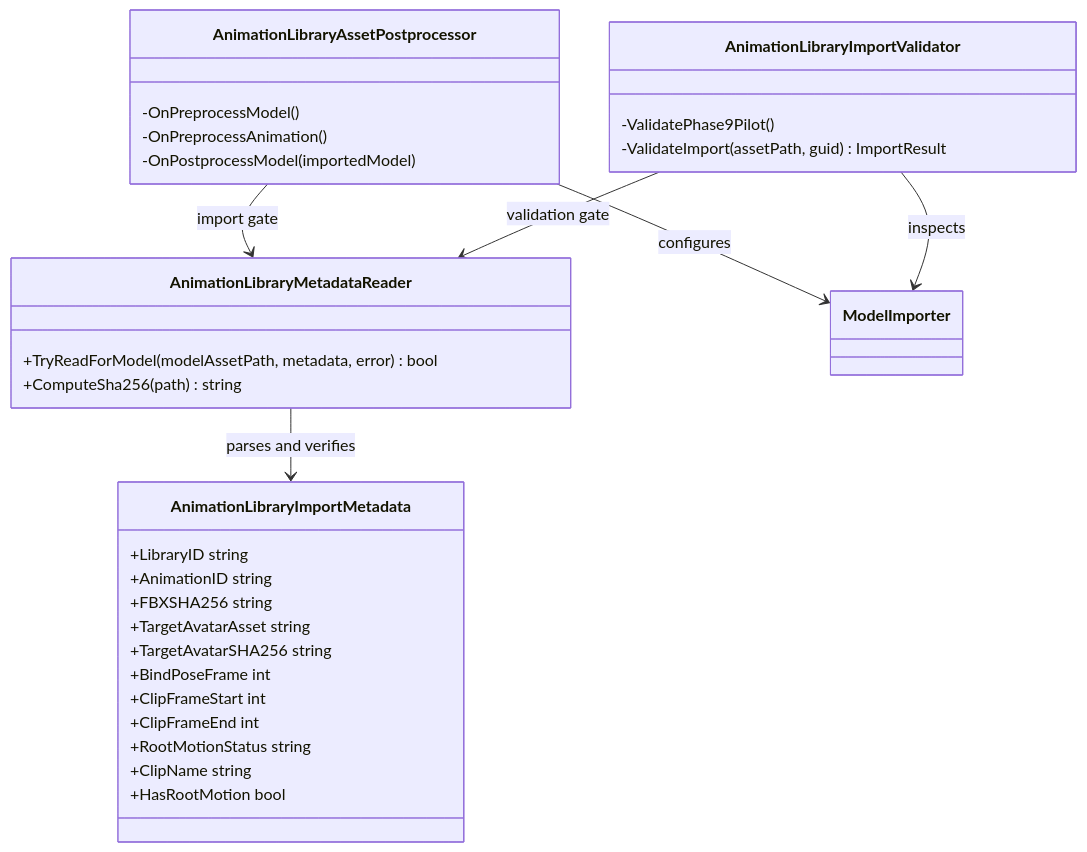
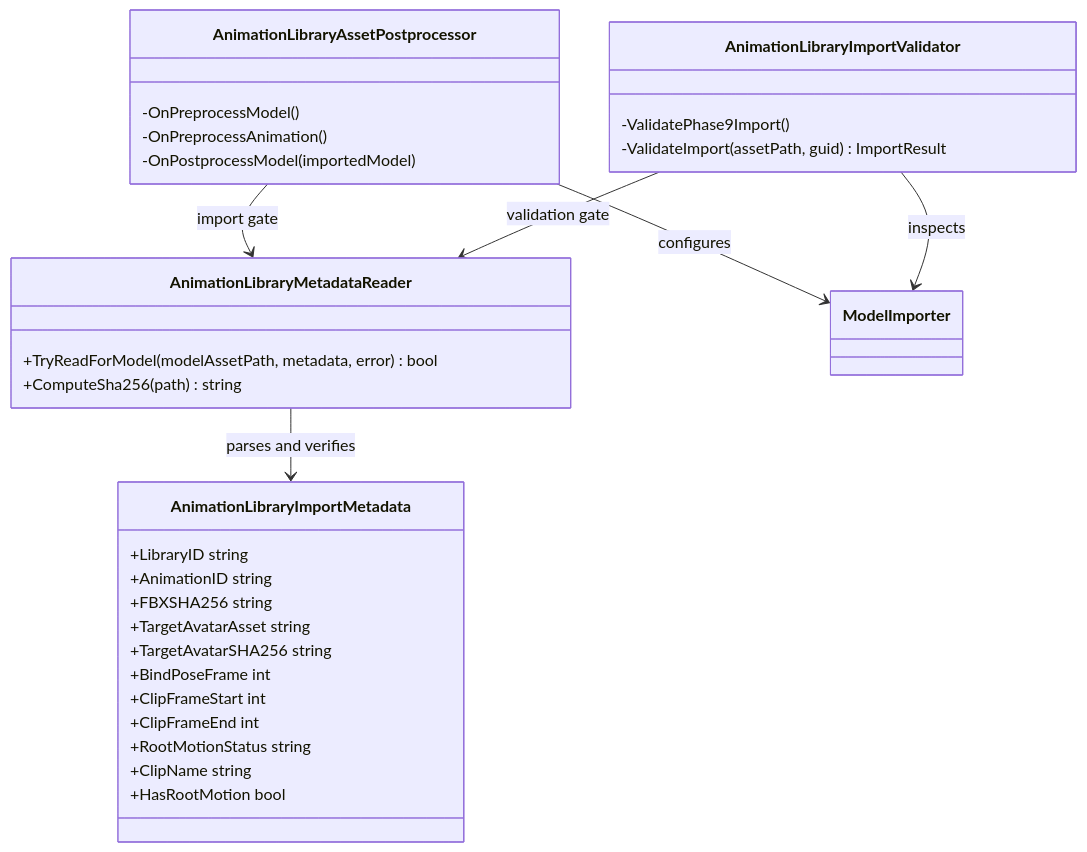
Before and after one commit to MaximFonariuc/project-s: the diagram in Assets/_App/Core/Editor/AnimationLibrary/README.md, drawn with Mermaid. The commit also changed other lines of this file and 3964 other files, not shown here.

````diff
--- a/Assets/_App/Core/Editor/AnimationLibrary/README.md
+++ b/Assets/_App/Core/Editor/AnimationLibrary/README.md
@@ -5,35 +5,35 @@
 ```mermaid
 classDiagram
     class AnimationLibraryImportMetadata {
         +LibraryID string
         +AnimationID string
         +FBXSHA256 string
         +TargetAvatarAsset string
         +TargetAvatarSHA256 string
         +BindPoseFrame int
         +ClipFrameStart int
         +ClipFrameEnd int
         +RootMotionStatus string
         +ClipName string
         +HasRootMotion bool
     }
     class AnimationLibraryMetadataReader {
         +TryReadForModel(modelAssetPath, metadata, error) bool
         +ComputeSha256(path) string
     }
     class AnimationLibraryAssetPostprocessor {
         -OnPreprocessModel()
         -OnPreprocessAnimation()
         -OnPostprocessModel(importedModel)
     }
     class AnimationLibraryImportValidator {
-        -ValidatePhase9Pilot()
+        -ValidatePhase9Import()
         -ValidateImport(assetPath, guid) ImportResult
     }
 
     AnimationLibraryMetadataReader --> AnimationLibraryImportMetadata : parses and verifies
     AnimationLibraryAssetPostprocessor --> AnimationLibraryMetadataReader : import gate
     AnimationLibraryImportValidator --> AnimationLibraryMetadataReader : validation gate
     AnimationLibraryAssetPostprocessor --> ModelImporter : configures
     AnimationLibraryImportValidator --> ModelImporter : inspects
 ```
````
